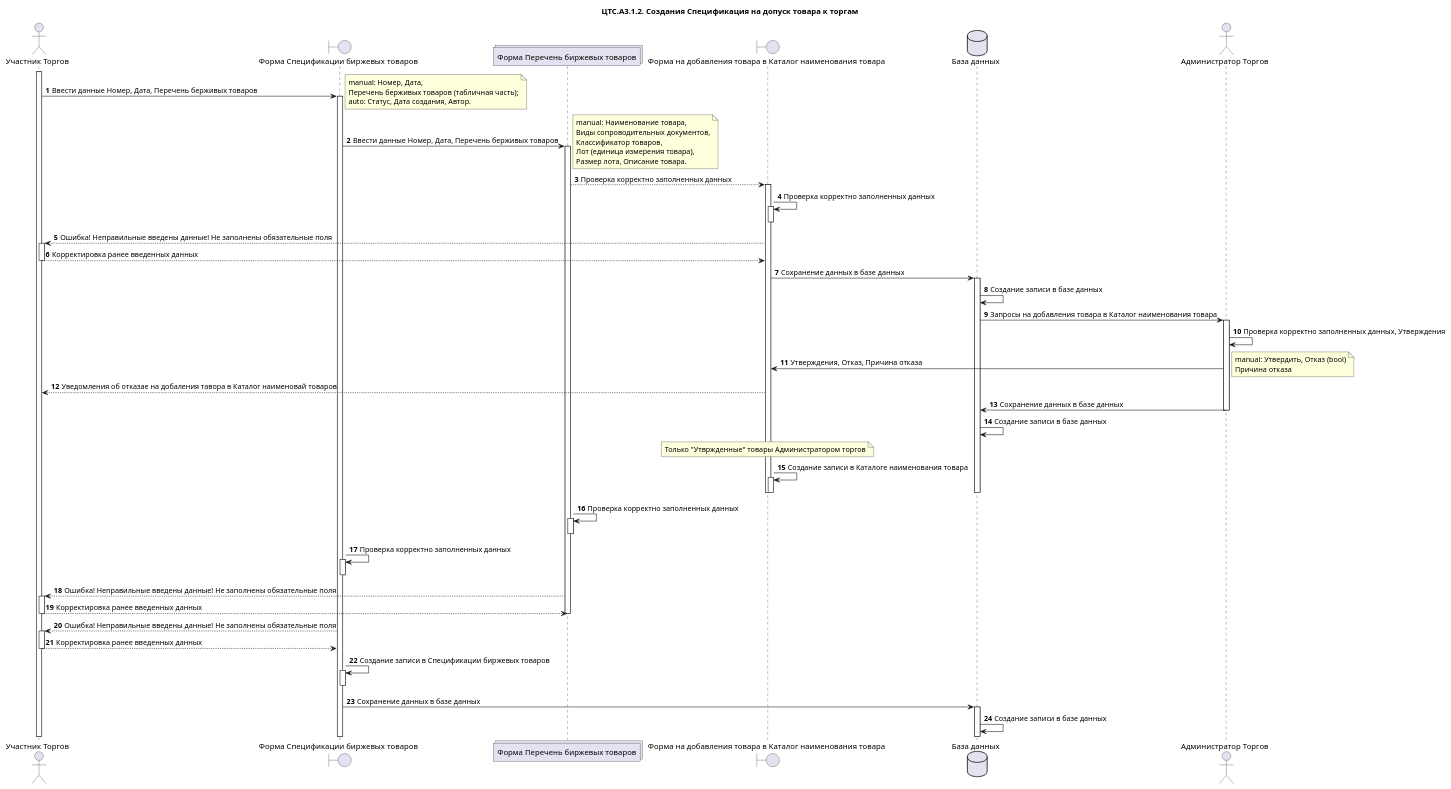
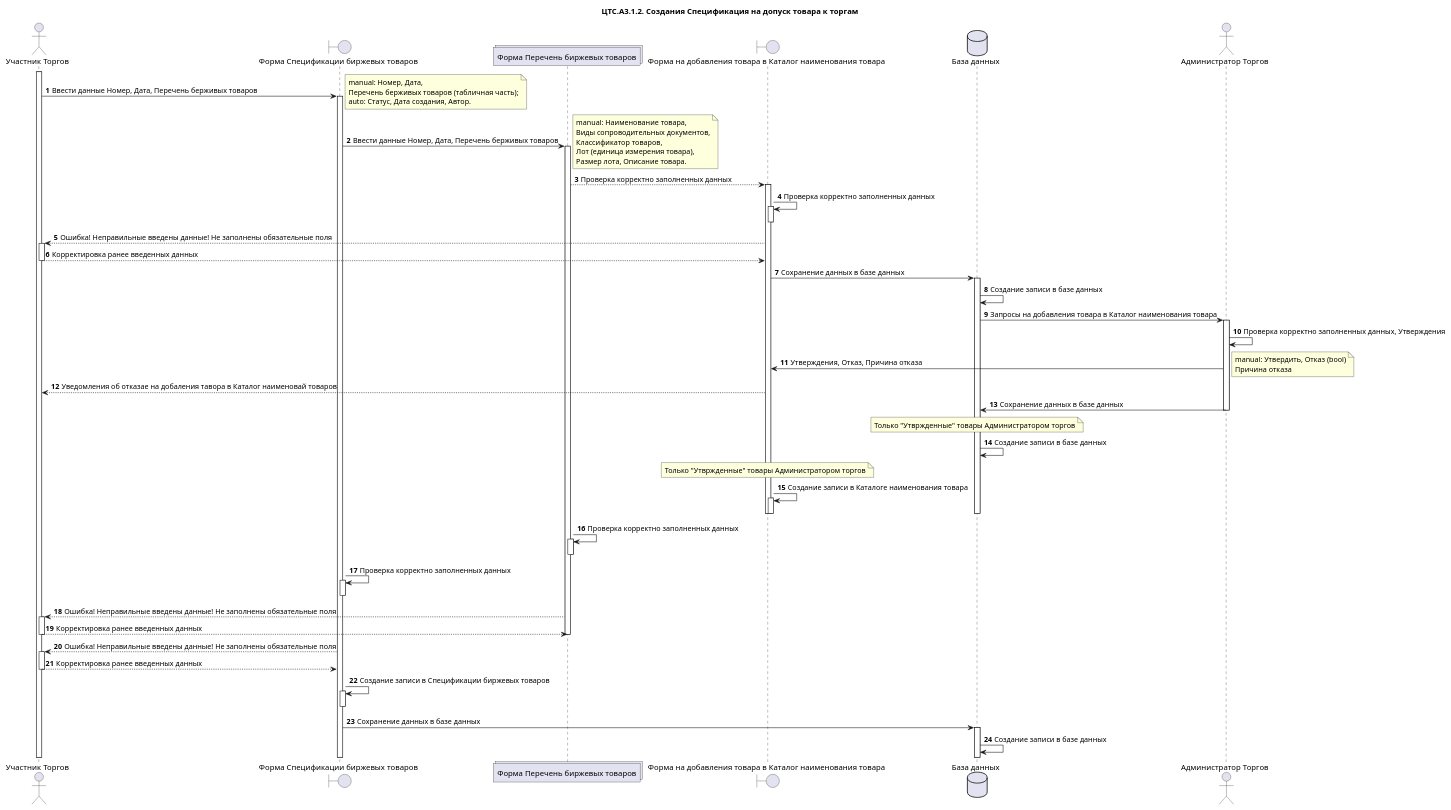
One commit to moaxmoaxpxrf4jag/CTS.Documentation changed the diagram in Project solutions/ЦТС.А3.1.2.Спецификация на допуск товара к торгам.wsd. Above: the diagram before and after it, drawn with PlantUML.

```diff
--- a/Project solutions/ЦТС.А3.1.2.Спецификация на допуск товара к торгам.wsd
+++ b/Project solutions/ЦТС.А3.1.2.Спецификация на допуск товара к торгам.wsd
@@ -1,93 +1,94 @@
 @startuml "ЦТС.А3.1 Допуск товара к торгам"
 title "ЦТС.А3.1.2. Создания Спецификация на допуск товара к торгам"
 actor "Участник Торгов" as User
 boundary "Форма Спецификации биржевых товаров" as Specifications
 collections "Форма Перечень биржевых товаров" as SpecificationCommodities
 boundary "Форма на добавления товара в Каталог наименования товара" as CommoditiesNames
 database "База данных" as Database
 actor "Администратор Торгов" as User_CTS
 
 autonumber
 activate User
 User -> Specifications: Ввести данные Номер, Дата, Перечень берживых товаров
 note right
     manual: Номер, Дата,
     Перечень берживых товаров (табличная часть);
     auto: Статус, Дата создания, Автор.
 end note
 /'Форма Спецификации биржевых товаров'/
 activate Specifications
 Specifications -> SpecificationCommodities : Ввести данные Номер, Дата, Перечень берживых товаров
 note right
     manual: Наименование товара, 
     Виды сопроводительных документов,
     Классификатор товаров, 
     Лот (единица измерения товара),
     Размер лота, Описание товара.
 end note
 /'Перечень биржевых товаров'/
 activate SpecificationCommodities
 SpecificationCommodities --> CommoditiesNames: Проверка корректно заполненных данных
     /'Форма на добавления товара в Каталог наименования товара'/
     activate CommoditiesNames
     /'Проверка корректно заполненных данных Каталог наименования товара->Участник Торгов'/
     CommoditiesNames -> CommoditiesNames: Проверка корректно заполненных данных
     activate CommoditiesNames
     deactivate CommoditiesNames
     CommoditiesNames --> User: Ошибка! Неправильные введены данные! Не заполнены обязательные поля
     activate User
     /'Ошибка и т.д. в Каталог наименования товара->Участник Торгов'/
     User-->CommoditiesNames: Корректировка ранее введенных данных
     deactivate User 
     CommoditiesNames->Database: Сохранение данных в базе данных
     activate Database
         Database->Database: Создание записи в базе данных
         Database->User_CTS: Запросы на добавления товара в Каталог наименования товара 
         /'Администратор Торгов'/
         activate User_CTS
         User_CTS->User_CTS: Проверка корректно заполненных данных, Утверждения 
         User_CTS->CommoditiesNames: Утверждения, Отказ, Причина отказа
         note right
             manual: Утвердить, Отказ (bool)
             Причина отказа
         end note
         CommoditiesNames-->User: Уведомления об отказае на добаления тавора в Каталог наименовай товаров
-        User_CTS->Database: Сохранение данных в базе данных      
+        User_CTS->Database: Сохранение данных в базе данных    
+        note over Database: Только "Утвржденные" товары Администратором торгов       
         deactivate User_CTS
         Database->Database: Создание записи в базе данных 
         note over CommoditiesNames : Только "Утвржденные" товары Администратором торгов     
         CommoditiesNames->CommoditiesNames: Cоздание записи в Каталоге наименования товара
         activate CommoditiesNames  
         deactivate CommoditiesNames  
         deactivate Database    
     deactivate CommoditiesNames
 /'Ошибка и т.д. в Каталог наименования товара->Спецификации биржевых товаров'/
 SpecificationCommodities -> SpecificationCommodities: Проверка корректно заполненных данных
 activate SpecificationCommodities
 deactivate SpecificationCommodities
 /'Проверка корректно заполненных данных Спецификации биржевых товаров->Участник Торгов'/
 Specifications -> Specifications: Проверка корректно заполненных данных
 activate Specifications
 deactivate Specifications
 /'Ошибка и т.д. в Перечень биржевых товаров->Участник Торгов'/
 SpecificationCommodities --> User: Ошибка! Неправильные введены данные! Не заполнены обязательные поля
 activate User
 /'Корректировка ранее введенных данных Участник Торгов->Спецификации биржевых товаров'/
 User-->SpecificationCommodities: Корректировка ранее введенных данных
 deactivate User
 deactivate SpecificationCommodities
 /'Ошибка и т.д. в Спецификации биржевых товаров->Участник Торгов'/
 Specifications --> User: Ошибка! Неправильные введены данные! Не заполнены обязательные поля
 activate User
 /'Корректировка ранее введенных данных Участник Торгов->Спецификации биржевых товаров'/
 User-->Specifications: Корректировка ранее введенных данных
 deactivate User
 /'Cоздание записи в Спецификации биржевых товаров'/
 Specifications->Specifications: Cоздание записи в Спецификации биржевых товаров
 activate Specifications
 deactivate Specifications
 /'Сохранение данных в базе данных'/
 Specifications ->Database: Сохранение данных в базе данных
 activate Database
 Database->Database: Создание записи в базе данных
 @enduml
```
